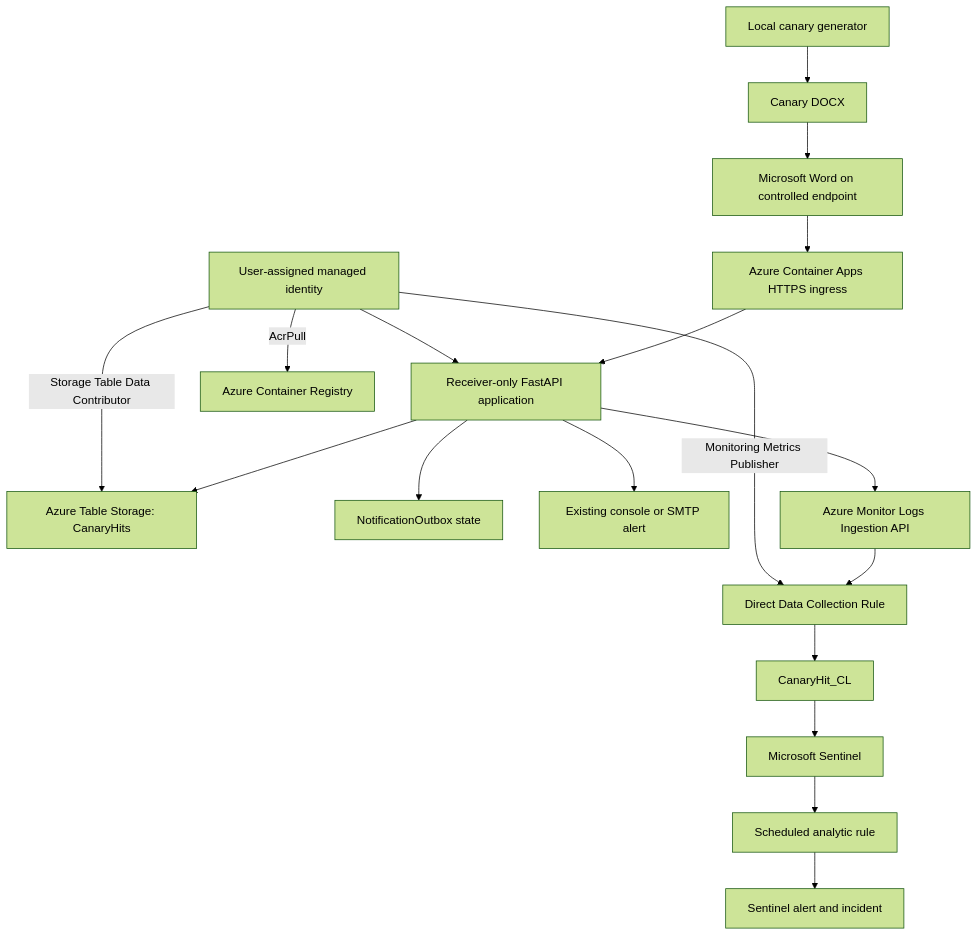
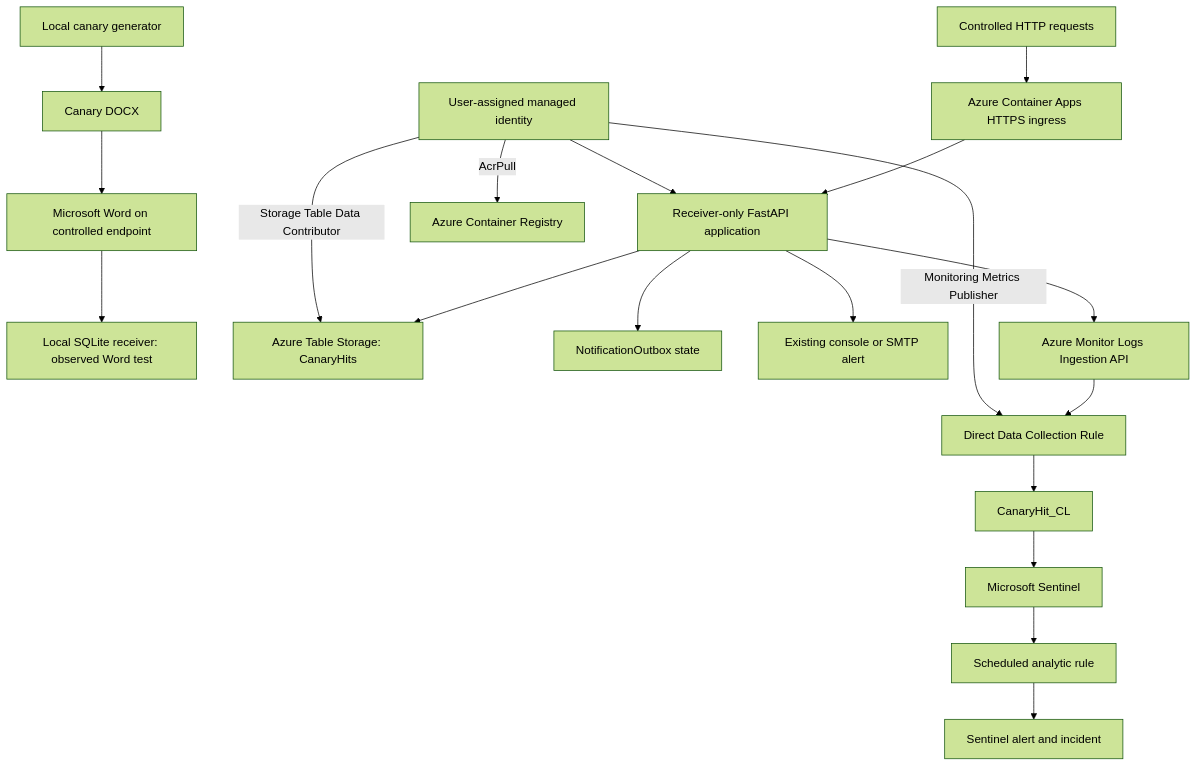
The diagram in ARCHITECTURE.md (oasunsec/honey-token-detection), drawn with Mermaid (forest theme) before and after one commit. The commit also changed other lines of this file and 42 other files, not shown here.

````diff
--- a/ARCHITECTURE.md
+++ b/ARCHITECTURE.md
@@ -3,20 +3,21 @@
 ```mermaid
 flowchart TD
   G[Local canary generator] --> D[Canary DOCX]
   D --> W[Microsoft Word on controlled endpoint]
-  W --> I[Azure Container Apps HTTPS ingress]
+  W --> LOCAL[Local SQLite receiver: observed Word test]
+  HTTP[Controlled HTTP requests] --> I[Azure Container Apps HTTPS ingress]
   I --> R[Receiver-only FastAPI application]
   R --> T[Azure Table Storage: CanaryHits]
   R --> O[NotificationOutbox state]
   R --> E[Existing console or SMTP alert]
   R --> L[Azure Monitor Logs Ingestion API]
   L --> DCR[Direct Data Collection Rule]
   DCR --> C[CanaryHit_CL]
   C --> S[Microsoft Sentinel]
   S --> A[Scheduled analytic rule]
   A --> N[Sentinel alert and incident]
   MI[User-assigned managed identity] --> R
   MI -->|AcrPull| ACR[Azure Container Registry]
   MI -->|Storage Table Data Contributor| T
   MI -->|Monitoring Metrics Publisher| DCR
 ```
````
